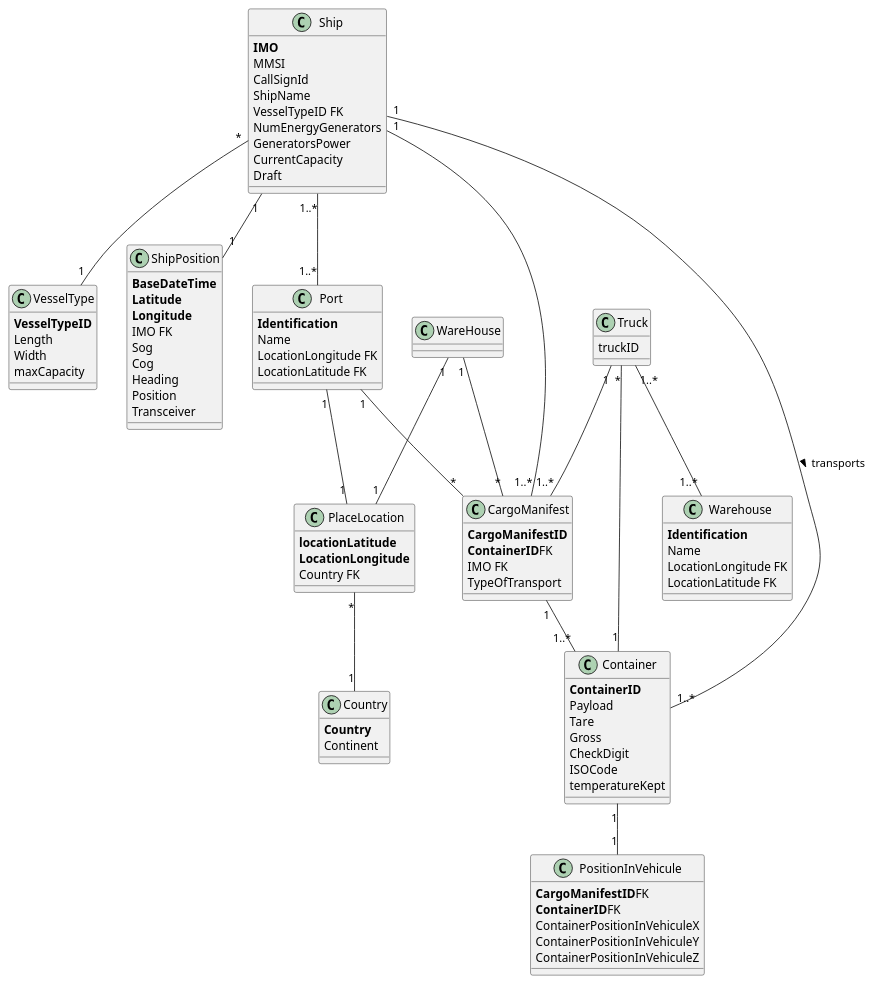
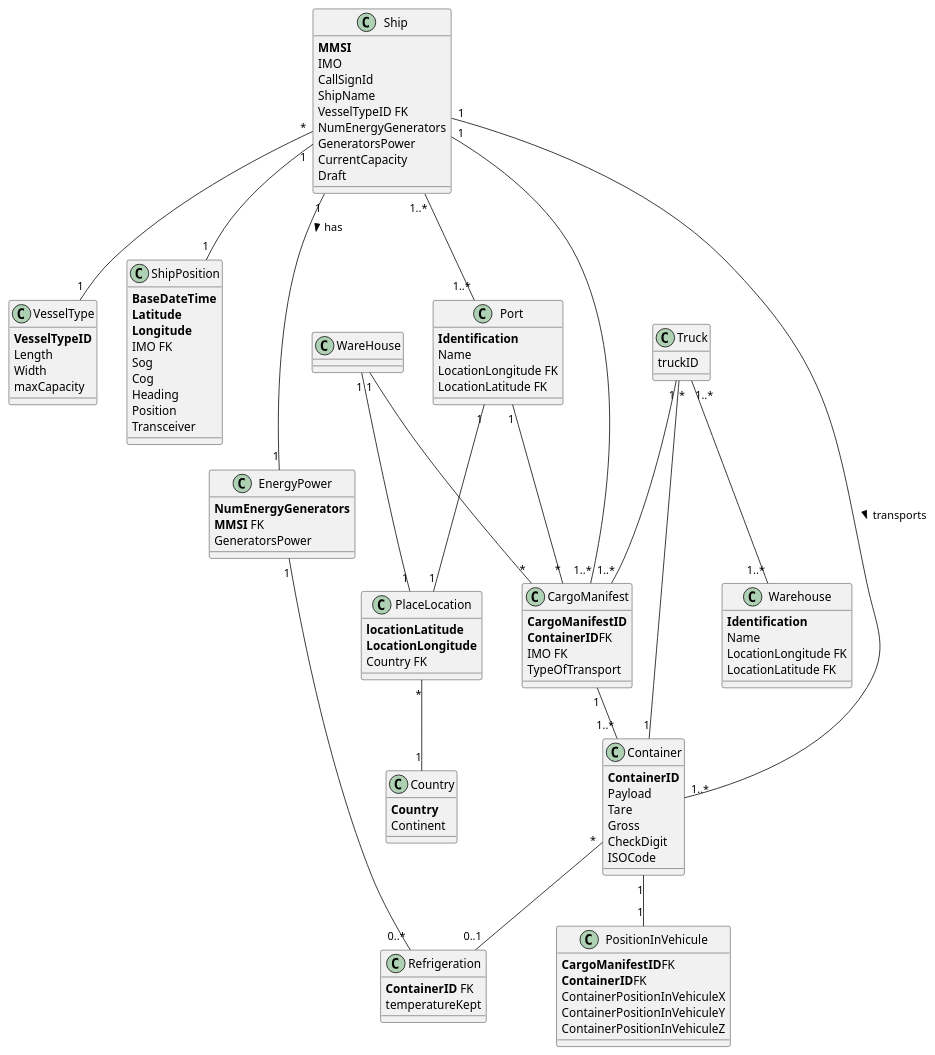
Before and after one commit to ana-albergaria/LAPR3-ISEP: the diagram in docs/Data_Model.puml, drawn with PlantUML.

Commit message:
G54-37 #comment Fixing a few things on Data Model

```diff
--- a/docs/Data_Model.puml
+++ b/docs/Data_Model.puml
@@ -1,114 +1,129 @@
 @startuml
 'https://plantuml.com/class-diagram
 
 /'class Company{
 
 }'/
 
 class Ship{
-    **IMO**
-    MMSI
+    **MMSI**
+    IMO
     CallSignId
     ShipName
     VesselTypeID FK
     NumEnergyGenerators
     GeneratorsPower
     CurrentCapacity
     Draft
 }
 
 class VesselType{
     **VesselTypeID**
     Length
     Width
     maxCapacity
 }
 
 class ShipPosition{
     **BaseDateTime**
     **Latitude**
     **Longitude**
     IMO FK
     Sog
     Cog
     Heading
     Position
     Transceiver
 }
 
 class Container{
     **ContainerID**
     Payload
     Tare
     Gross
     CheckDigit
     ISOCode
+}
+
+class Refrigeration {
+    **ContainerID** FK
     temperatureKept
+}
+
+class EnergyPower{
+    **NumEnergyGenerators**
+    **MMSI** FK
+    GeneratorsPower
 }
 /'refrigeration state is ambigous'/
 
 /'manifest type(loading, unloading) changes its values'/
 class CargoManifest{
     **CargoManifestID**
     **ContainerID**FK
     IMO FK
     TypeOfTransport
 }
 
 class PositionInVehicule{
     **CargoManifestID**FK
     **ContainerID**FK
     ContainerPositionInVehiculeX
     ContainerPositionInVehiculeY
     ContainerPositionInVehiculeZ
 }
 
 class Port {
     **Identification**
     Name
     LocationLongitude FK
     LocationLatitude FK
 }
 
 class Warehouse {
     **Identification**
     Name
     LocationLongitude FK
     LocationLatitude FK
 }
 
 class Country{
     **Country**
     Continent
 }
 
 class PlaceLocation{
     **locationLatitude**
     **LocationLongitude**
     Country FK
 }
 
 
 class Truck{
     truckID
 }
 
 
+
+
 Ship "1" -- "1..*" Container : transports >
 Container "1" -- "1" PositionInVehicule
 Ship "1" -- "1" ShipPosition
 Ship "*" -- "1" VesselType
 Ship "1" -- "1..*" CargoManifest
 CargoManifest "1" -- "1..*" Container
 Truck "1" -- "1..*" CargoManifest
 Truck "*" -- "1" Container
 Port "1" -- "1" PlaceLocation
 WareHouse "1" -- "1" PlaceLocation
 PlaceLocation "*" -- "1" Country
 Port "1" -- "*" CargoManifest
 WareHouse "1" -- "*" CargoManifest
 /'Relacoes N para N, falta relacao'/
 Truck "1..*" -- "1..*" Warehouse
 Ship "1..*" -- "1..*" Port
+Container "*" -- "0..1" Refrigeration
+Ship "1" -- "1" EnergyPower : has >
+EnergyPower "1" -- "0..*" Refrigeration
 
 @enduml
```
